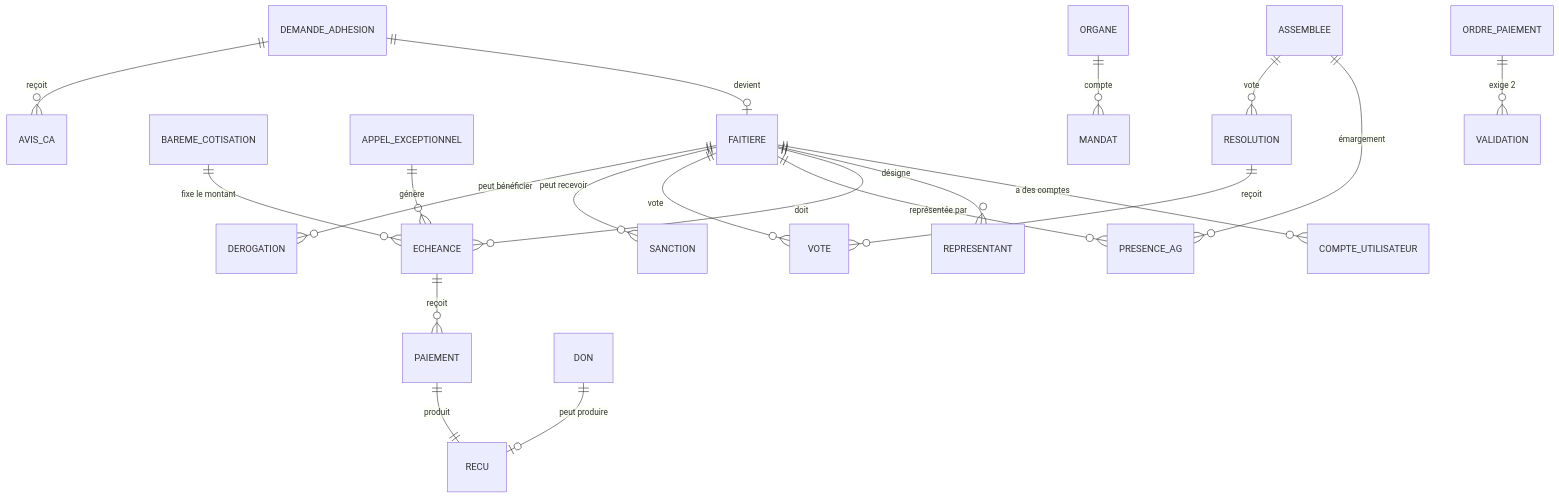
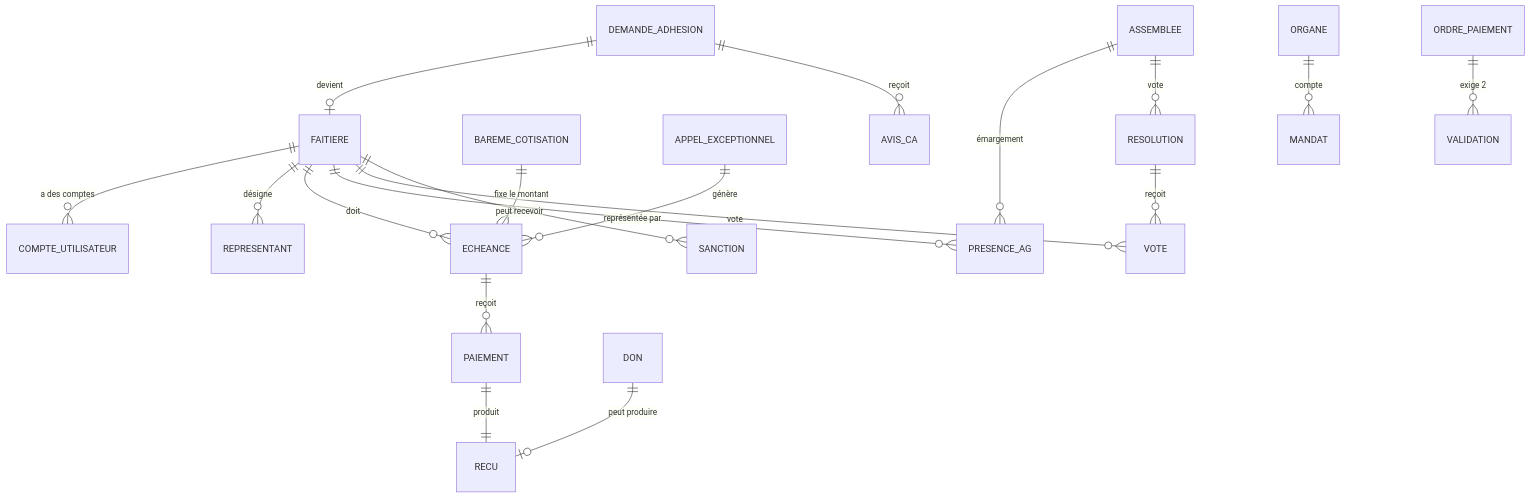
Before and after one commit to tolobayounousaa225-prog/projet-lecim: the diagram in PSIE_CAHIER_DES_CHARGES.md, drawn with Mermaid. The commit also changed other lines of this file and 41 other files, not shown here.

````diff
--- a/PSIE_CAHIER_DES_CHARGES.md
+++ b/PSIE_CAHIER_DES_CHARGES.md
@@ -212,22 +209,21 @@
 ```mermaid
 erDiagram
     FAITIERE ||--o{ COMPTE_UTILISATEUR : "a des comptes"
     FAITIERE ||--o{ REPRESENTANT : "désigne"
     FAITIERE ||--o{ ECHEANCE : "doit"
     BAREME_COTISATION ||--o{ ECHEANCE : "fixe le montant"
     APPEL_EXCEPTIONNEL ||--o{ ECHEANCE : "génère"
     ECHEANCE ||--o{ PAIEMENT : "reçoit"
     PAIEMENT ||--|| RECU : "produit"
     ASSEMBLEE ||--o{ PRESENCE_AG : "émargement"
     ASSEMBLEE ||--o{ RESOLUTION : "vote"
     RESOLUTION ||--o{ VOTE : "reçoit"
     FAITIERE ||--o{ PRESENCE_AG : "représentée par"
     FAITIERE ||--o{ VOTE : "vote"
     DEMANDE_ADHESION ||--o| FAITIERE : "devient"
     DEMANDE_ADHESION ||--o{ AVIS_CA : "reçoit"
     FAITIERE ||--o{ SANCTION : "peut recevoir"
-    FAITIERE ||--o{ DEROGATION : "peut bénéficier"
     ORGANE ||--o{ MANDAT : "compte"
     ORDRE_PAIEMENT ||--o{ VALIDATION : "exige 2"
     DON ||--o| RECU : "peut produire"
 ```
````
